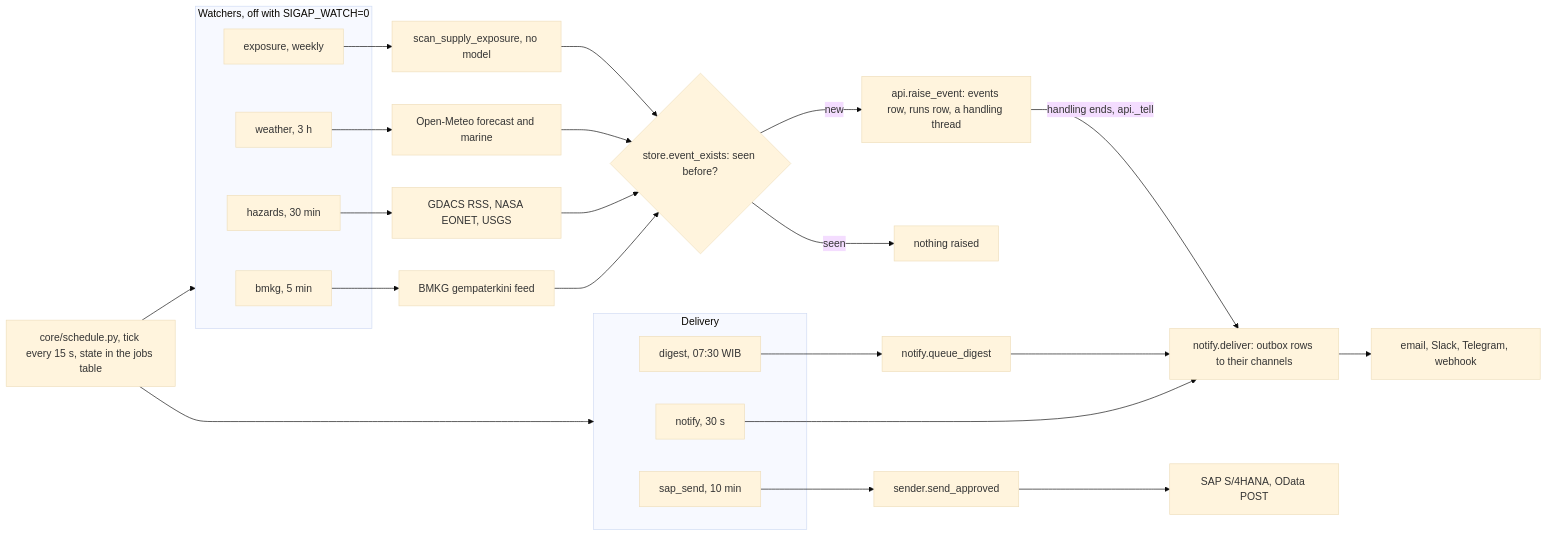
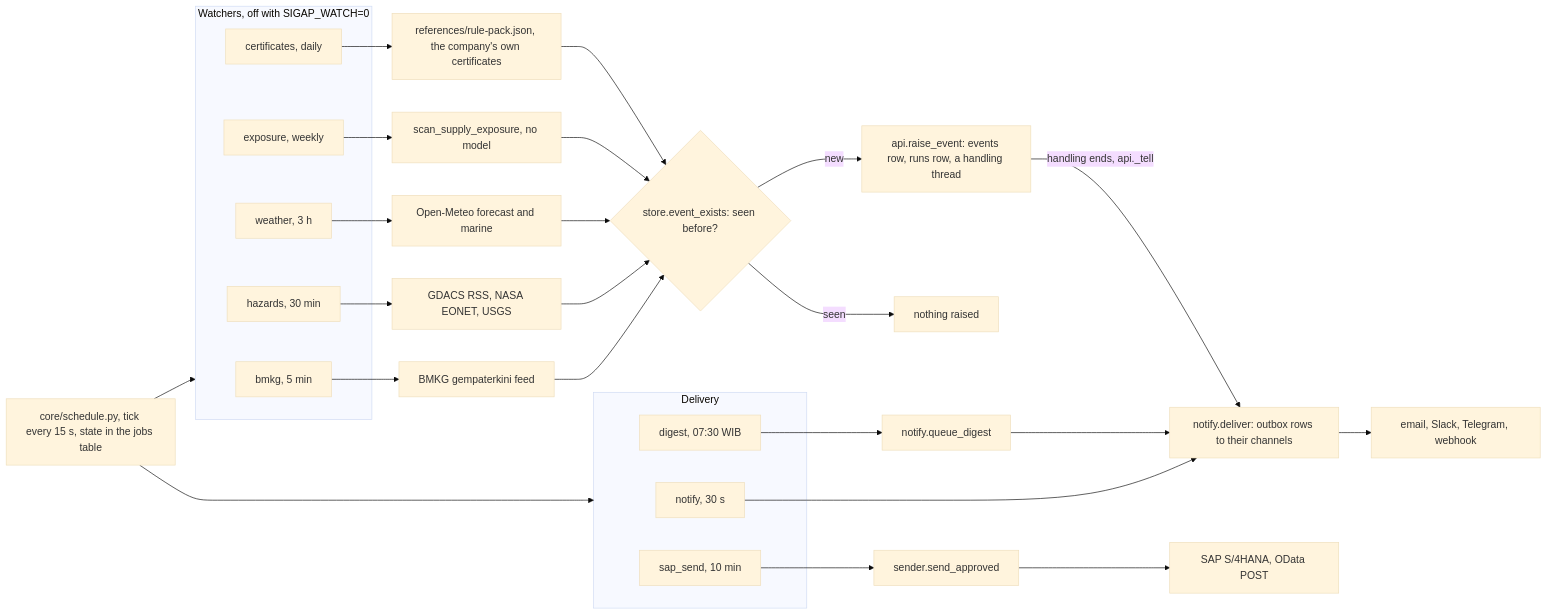
One commit to maulana-tech/aera-app changed the first of 3 diagrams in sigap/architecture/workers.md. Above: the diagram before and after it, drawn with Mermaid (base theme). The commit also changed other lines of this file and 13 other files, not shown here.

First line of the commit message:
docs: make every figure reproducible again, and rebuild the diagram

````diff
--- a/sigap/architecture/workers.md
+++ b/sigap/architecture/workers.md
@@ -80,46 +81,50 @@
 ```mermaid
 flowchart LR
   SCH["core/schedule.py, tick every 15 s, state in the jobs table"]
 
   subgraph WATCH["Watchers, off with SIGAP_WATCH=0"]
     J1["bmkg, 5 min"]
     J2["hazards, 30 min"]
     J3["weather, 3 h"]
     J4["exposure, weekly"]
+    J5["certificates, daily"]
   end
 
   subgraph OUT["Delivery"]
-    J5["notify, 30 s"]
-    J6["sap_send, 10 min"]
-    J7["digest, 07:30 WIB"]
+    J6["notify, 30 s"]
+    J7["sap_send, 10 min"]
+    J8["digest, 07:30 WIB"]
   end
 
   SCH --> WATCH
   SCH --> OUT
 
   BMKG["BMKG gempaterkini feed"]
   HZ["GDACS RSS, NASA EONET, USGS"]
   OM["Open-Meteo forecast and marine"]
   VEGA["scan_supply_exposure, no model"]
+  PACK["references/rule-pack.json, the company's own certificates"]
 
   J1 --> BMKG
   J2 --> HZ
   J3 --> OM
   J4 --> VEGA
+  J5 --> PACK
 
   DEDUP{"store.event_exists: seen before?"}
   BMKG --> DEDUP
   HZ --> DEDUP
   OM --> DEDUP
   VEGA --> DEDUP
+  PACK --> DEDUP
   DEDUP -->|"new"| RAISE["api.raise_event: events row, runs row, a handling thread"]
   DEDUP -->|"seen"| SKIP["nothing raised"]
 
-  J5 --> OBX["notify.deliver: outbox rows to their channels"]
-  J7 --> QD["notify.queue_digest"]
+  J6 --> OBX["notify.deliver: outbox rows to their channels"]
+  J8 --> QD["notify.queue_digest"]
   QD --> OBX
-  J6 --> SND["sender.send_approved"]
+  J7 --> SND["sender.send_approved"]
   SND --> SAP["SAP S/4HANA, OData POST"]
   OBX --> CH["email, Slack, Telegram, webhook"]
   RAISE -->|"handling ends, api._tell"| OBX
 ```
````
